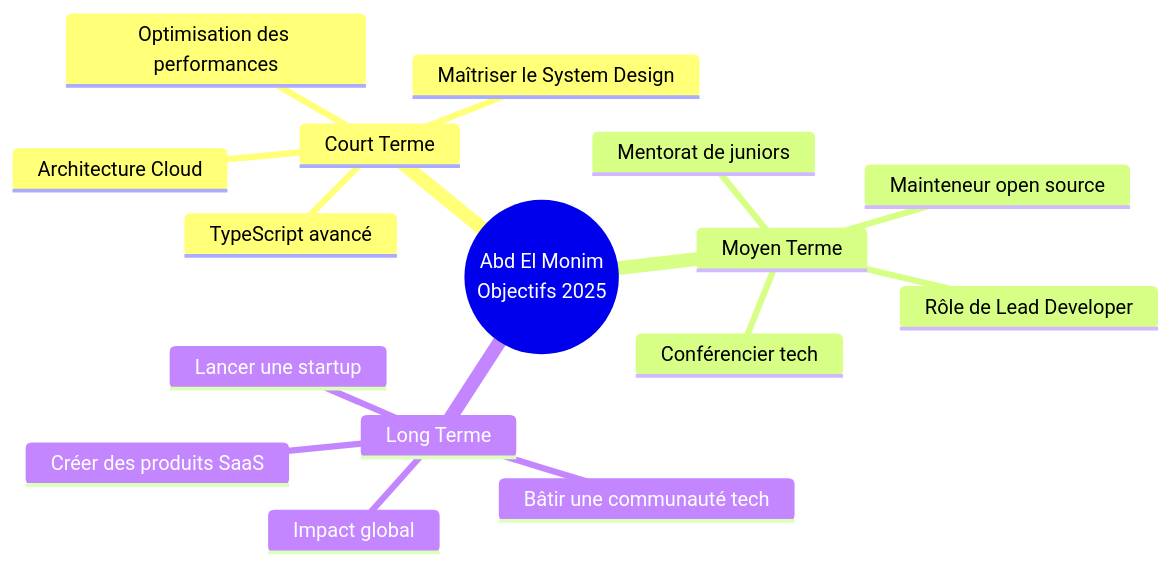
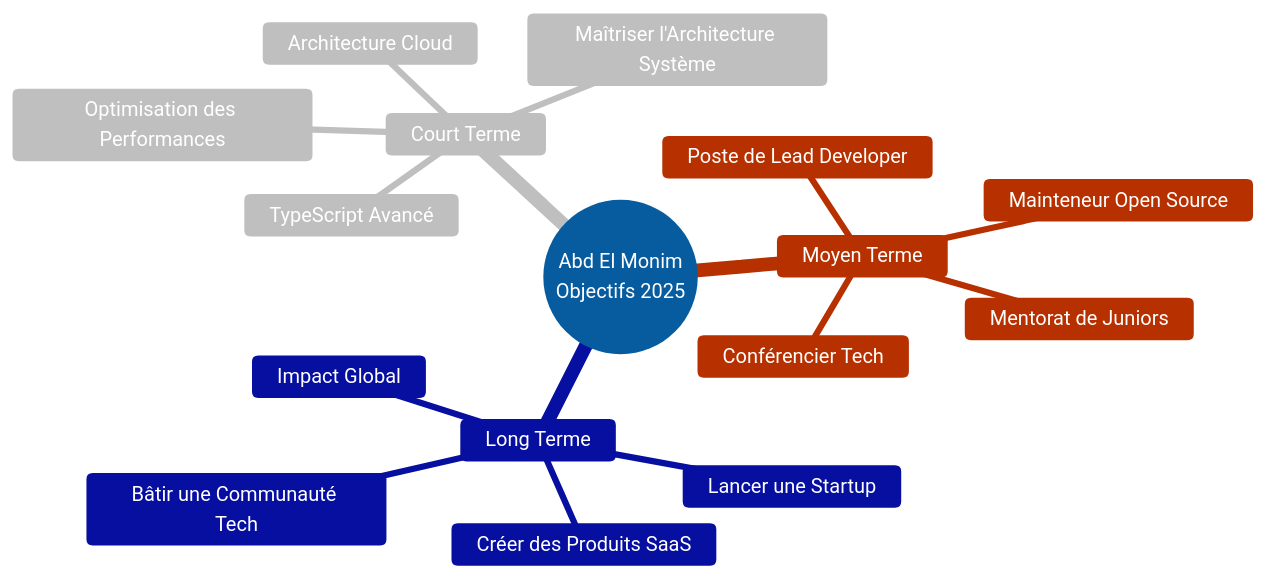
Before and after one commit to ABDE777/ABDE777: the first of 2 diagrams in README.md, drawn with Mermaid. The commit also changed other lines of this file, not shown here.

````diff
--- a/README.md
+++ b/README.md
@@ -124,19 +124,20 @@
 ```mermaid
+%%{init: {'theme':'base', 'themeVariables': { 'primaryColor':'#2e9ef7', 'primaryTextColor':'#fff', 'primaryBorderColor':'#1e88e5', 'lineColor':'#64b5f6', 'secondaryColor':'#ffffff', 'tertiaryColor':'#ff6c37'}}}%%
 mindmap
   root((Abd El Monim<br/>Objectifs 2025))
     Court Terme
-      Maîtriser le System Design
+      Maîtriser l'Architecture Système
       Architecture Cloud
-      TypeScript avancé
-      Optimisation des performances
+      TypeScript Avancé
+      Optimisation des Performances
     Moyen Terme
-      Rôle de Lead Developer
-      Mentorat de juniors
-      Conférencier tech
-      Mainteneur open source
+      Poste de Lead Developer
+      Mentorat de Juniors
+      Conférencier Tech
+      Mainteneur Open Source
     Long Terme
-      Lancer une startup
-      Créer des produits SaaS
-      Bâtir une communauté tech
-      Impact global
+      Lancer une Startup
+      Créer des Produits SaaS
+      Bâtir une Communauté Tech
+      Impact Global
 ```
````
